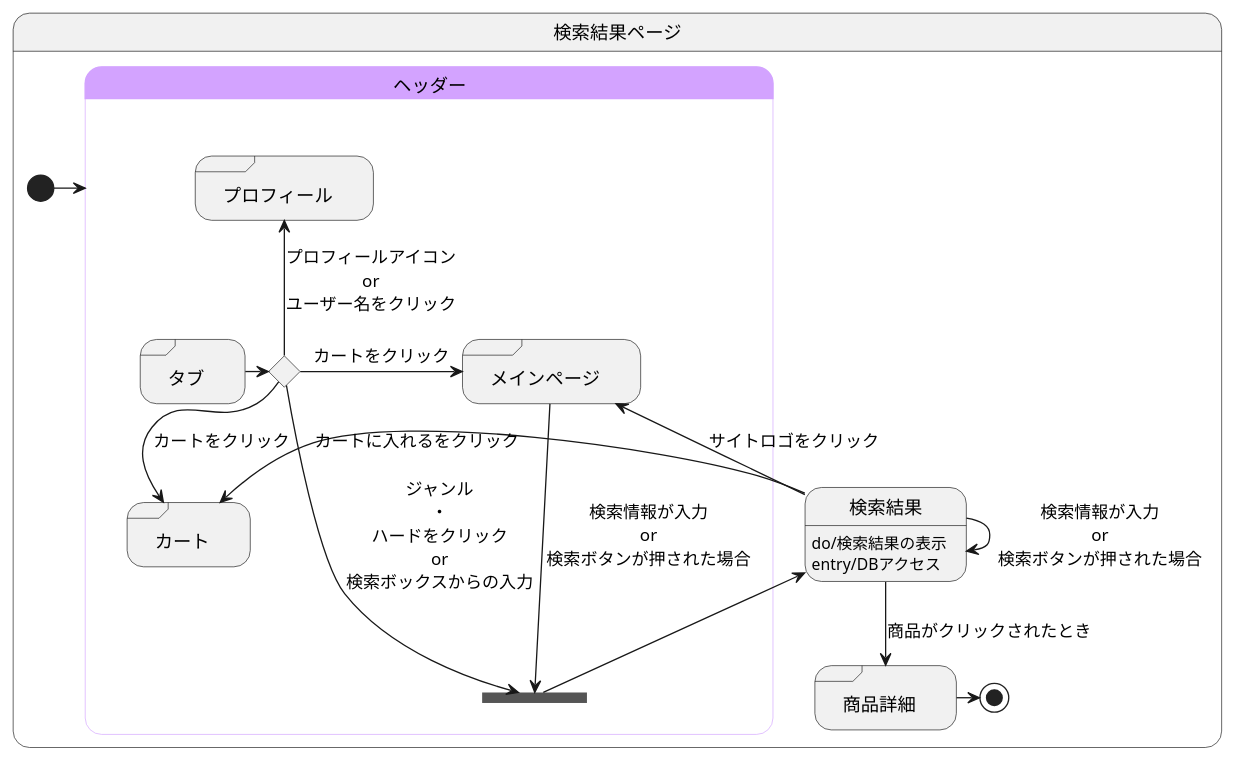
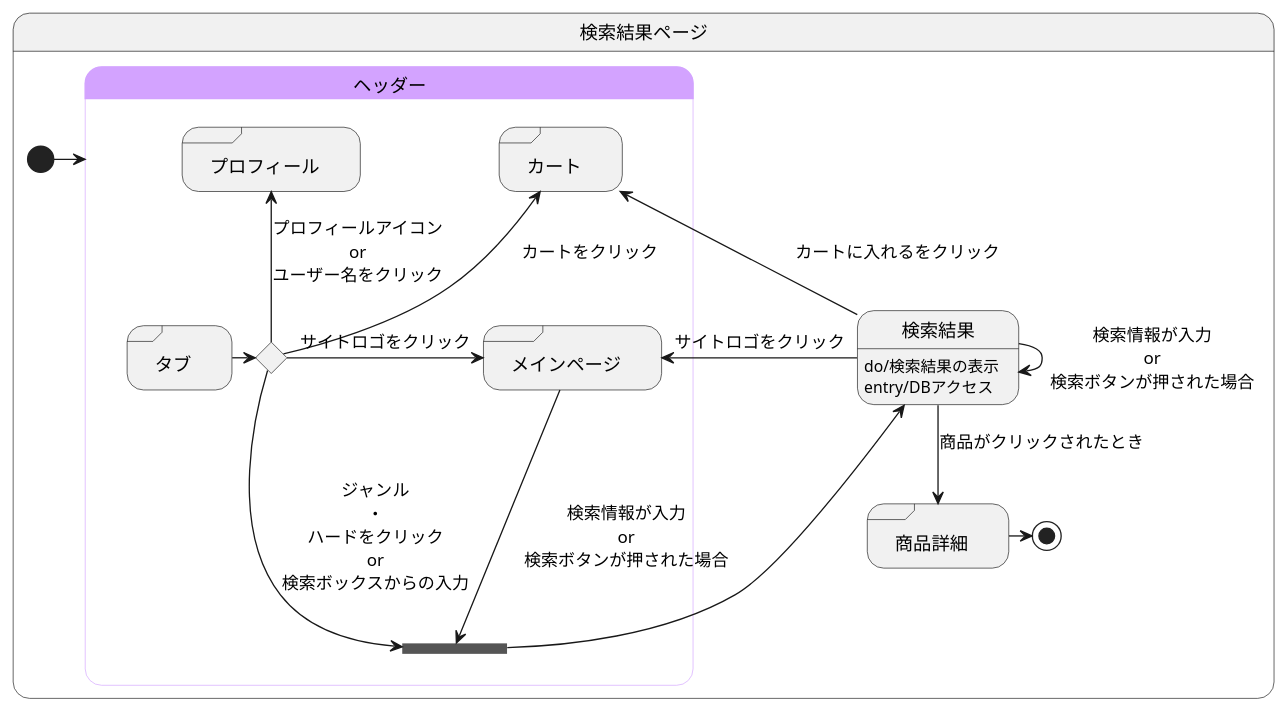
One commit to akutori/T-D-E changed the diagram in 検索結果.md. Above: the diagram before and after it, drawn with PlantUML.

Commit message:
修正

````diff
--- a/検索結果.md
+++ b/検索結果.md
@@ -1,45 +1,45 @@
 ```uml
 @startuml
 state 検索結果ページ{
 
 
     state 検索結果:do/検索結果の表示
     state 検索結果:entry/DBアクセス
     state "商品詳細" as goodsdetail <<sdlreceive>>
     
 
 
     [*] -> ヘッダー
     
     検索結果 --> goodsdetail :商品がクリックされたとき
     検索結果 --> 検索結果 :検索情報が入力\nor\n検索ボタンが押された場合
     goodsdetail -> [*]
     
 
     state ヘッダー<<headder>>{
         state join_header <<join>>
         state ifinput <<choice>>
         state "タブ" as tab <<sdlreceive>>
         state "カート" as cart <<sdlreceive>>
         state "プロフィール" as profile <<sdlreceive>>
         state "メインページ" as mainpage <<sdlreceive>>
 
         tab -> ifinput 
-        ifinput --> cart :カートをクリック
+        ifinput -up-> cart :カートをクリック
         ifinput -up-> profile :プロフィールアイコン\nor\nユーザー名をクリック
-        ifinput -> mainpage :カートをクリック
+        ifinput -> mainpage :サイトロゴをクリック
         ifinput -left-> join_header :ジャンル\n・\nハードをクリック\nor\n検索ボックスからの入力
 
         mainpage ---> join_header :検索情報が入力\nor\n検索ボタンが押された場合
         検索結果 -> mainpage :サイトロゴをクリック
         join_header --> 検索結果
         検索結果 -> cart : カートに入れるをクリック
     }
 
     skinparam stateBorderColor<<headder>> #d3a3ff
     state ヘッダー #d3a3ff
 
 }
 
 @enduml
 ```
````
